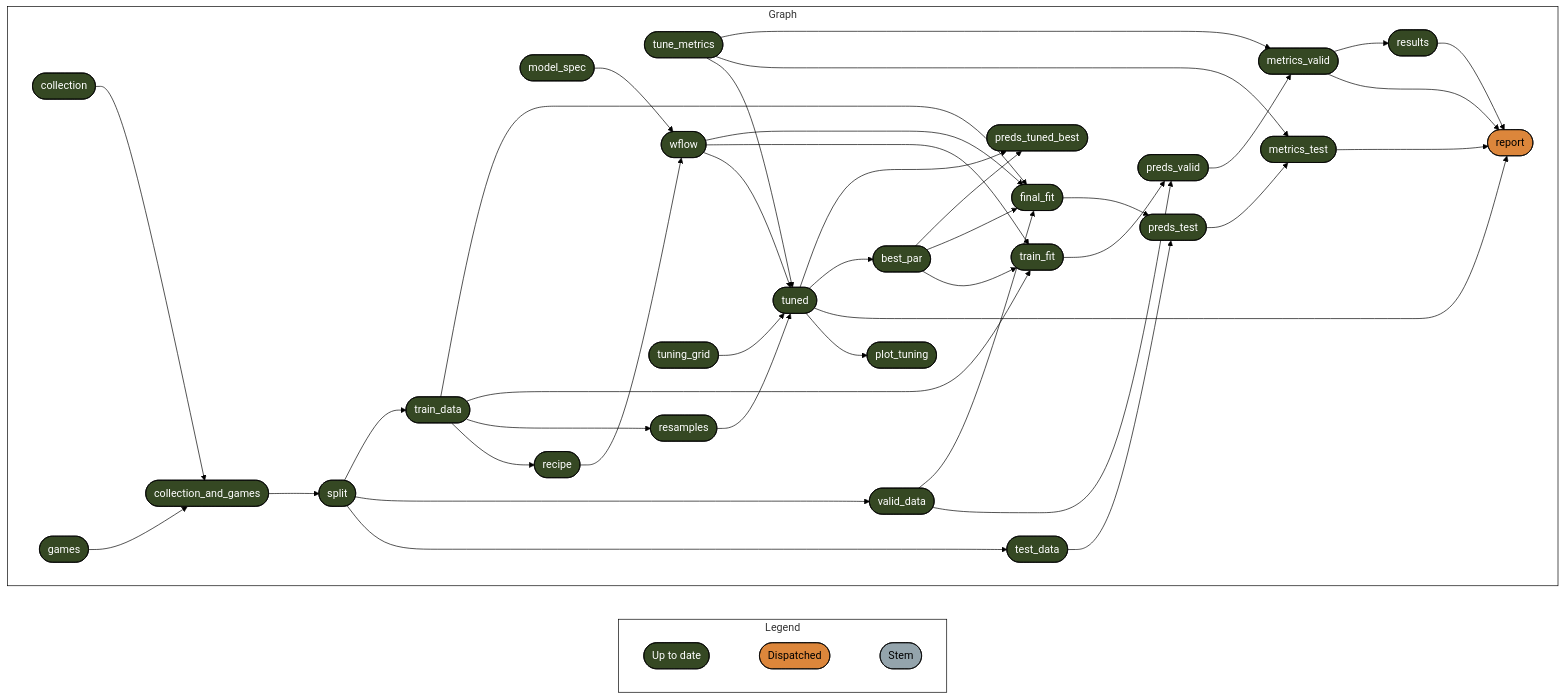
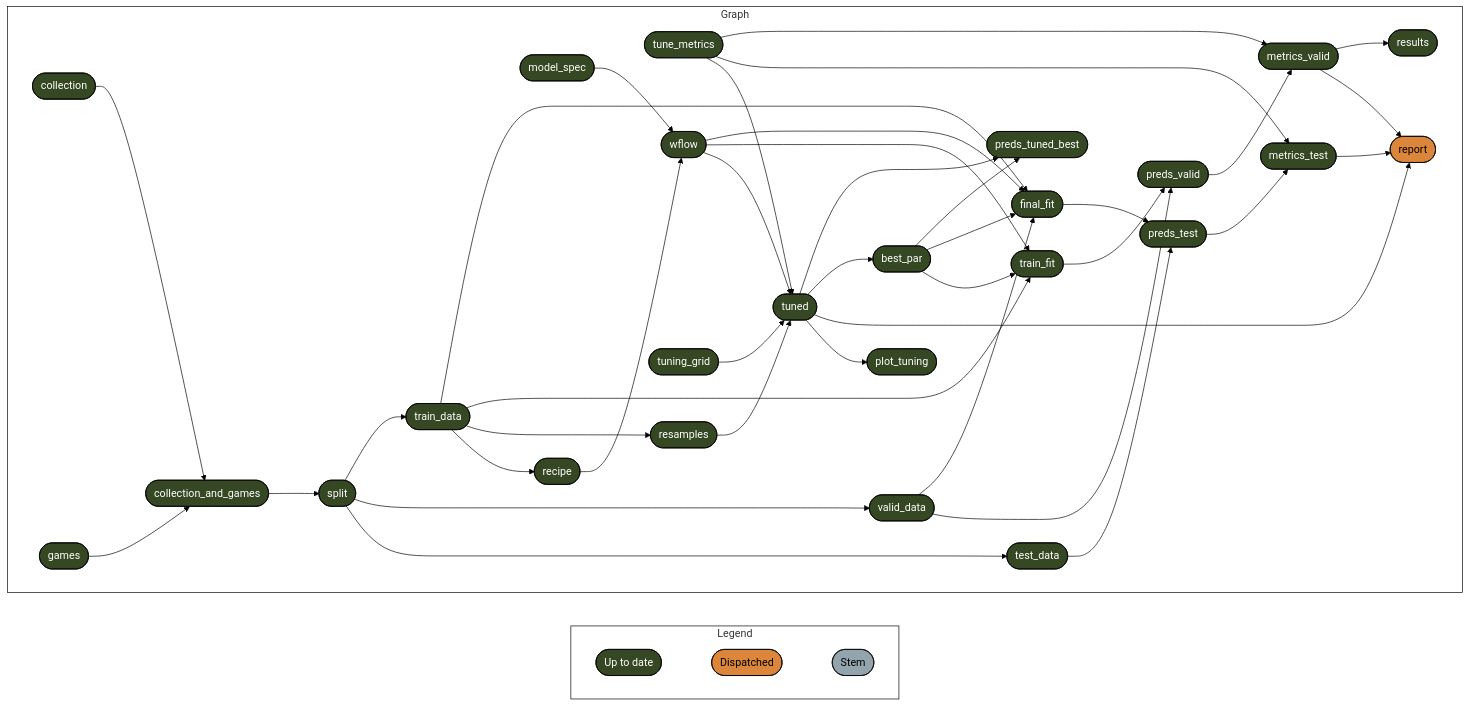
The diagram in targets-runs/report.md (phenrickson/bgg_collections), drawn with Mermaid (forest theme) before and after one commit. The commit also changed other lines of this file and 9 other files, not shown here.

````diff
--- a/targets-runs/report.md
+++ b/targets-runs/report.md
@@ -7,56 +7,55 @@
 ``` mermaid
 graph LR
   style Legend fill:#FFFFFF00,stroke:#000000;
   style Graph fill:#FFFFFF00,stroke:#000000;
   subgraph Legend
     direction LR
     xf1522833a4d242c5([""Up to date""]):::uptodate --- xb6630624a7b3aa0f([""Dispatched""]):::dispatched
     xb6630624a7b3aa0f([""Dispatched""]):::dispatched --- xd03d7c7dd2ddda2b([""Stem""]):::none
   end
   subgraph Graph
     direction LR
     x88354a4a9990c907(["collection_and_games"]):::uptodate --> xe28457b7180d9865(["split"]):::uptodate
     xe28457b7180d9865(["split"]):::uptodate --> x50558fc6e6286095(["train_data"]):::uptodate
     x6fb6138f75f217bd(["best_par"]):::uptodate --> xa43912232ee9e271(["preds_tuned_best"]):::uptodate
     x864ebfd4dc9e834b(["tuned"]):::uptodate --> xa43912232ee9e271(["preds_tuned_best"]):::uptodate
     xe83778cac602c1f4(["preds_valid"]):::uptodate --> x7523a0f48f305b50(["metrics_valid"]):::uptodate
     x5d0642e6ee71d657(["tune_metrics"]):::uptodate --> x7523a0f48f305b50(["metrics_valid"]):::uptodate
     x864ebfd4dc9e834b(["tuned"]):::uptodate --> x6fb6138f75f217bd(["best_par"]):::uptodate
     xe28457b7180d9865(["split"]):::uptodate --> xc048e79f475294dc(["valid_data"]):::uptodate
     xcd8149c2b07551bf(["collection"]):::uptodate --> x88354a4a9990c907(["collection_and_games"]):::uptodate
     x574e5c623f867900(["games"]):::uptodate --> x88354a4a9990c907(["collection_and_games"]):::uptodate
     x6fb6138f75f217bd(["best_par"]):::uptodate --> x8a7f51ea03016762(["final_fit"]):::uptodate
     x50558fc6e6286095(["train_data"]):::uptodate --> x8a7f51ea03016762(["final_fit"]):::uptodate
     xc048e79f475294dc(["valid_data"]):::uptodate --> x8a7f51ea03016762(["final_fit"]):::uptodate
     x8c0a5b3d939d47ea(["wflow"]):::uptodate --> x8a7f51ea03016762(["final_fit"]):::uptodate
     x453d7e7e0805b06d(["model_spec"]):::uptodate --> x8c0a5b3d939d47ea(["wflow"]):::uptodate
     x004377234d3bacac(["recipe"]):::uptodate --> x8c0a5b3d939d47ea(["wflow"]):::uptodate
     x6fb6138f75f217bd(["best_par"]):::uptodate --> xa0490811cd9f5ad9(["train_fit"]):::uptodate
     x50558fc6e6286095(["train_data"]):::uptodate --> xa0490811cd9f5ad9(["train_fit"]):::uptodate
     x8c0a5b3d939d47ea(["wflow"]):::uptodate --> xa0490811cd9f5ad9(["train_fit"]):::uptodate
     x7f453562c3005740(["preds_test"]):::uptodate --> xef8327747f7d2bc8(["metrics_test"]):::uptodate
     x5d0642e6ee71d657(["tune_metrics"]):::uptodate --> xef8327747f7d2bc8(["metrics_test"]):::uptodate
     x7523a0f48f305b50(["metrics_valid"]):::uptodate --> xcefe76d3b82ee85b(["results"]):::uptodate
     xe28457b7180d9865(["split"]):::uptodate --> xbb782543df7528d1(["test_data"]):::uptodate
     xef8327747f7d2bc8(["metrics_test"]):::uptodate --> xb72891f20a5b8df1(["report"]):::dispatched
     x7523a0f48f305b50(["metrics_valid"]):::uptodate --> xb72891f20a5b8df1(["report"]):::dispatched
-    xcefe76d3b82ee85b(["results"]):::uptodate --> xb72891f20a5b8df1(["report"]):::dispatched
     x864ebfd4dc9e834b(["tuned"]):::uptodate --> xb72891f20a5b8df1(["report"]):::dispatched
     x8a7f51ea03016762(["final_fit"]):::uptodate --> x7f453562c3005740(["preds_test"]):::uptodate
     xbb782543df7528d1(["test_data"]):::uptodate --> x7f453562c3005740(["preds_test"]):::uptodate
     x864ebfd4dc9e834b(["tuned"]):::uptodate --> x386eba9038421de8(["plot_tuning"]):::uptodate
     xa0490811cd9f5ad9(["train_fit"]):::uptodate --> xe83778cac602c1f4(["preds_valid"]):::uptodate
     xc048e79f475294dc(["valid_data"]):::uptodate --> xe83778cac602c1f4(["preds_valid"]):::uptodate
     x50558fc6e6286095(["train_data"]):::uptodate --> x6a38faa6025f40e0(["resamples"]):::uptodate
     x50558fc6e6286095(["train_data"]):::uptodate --> x004377234d3bacac(["recipe"]):::uptodate
     x6a38faa6025f40e0(["resamples"]):::uptodate --> x864ebfd4dc9e834b(["tuned"]):::uptodate
     x5d0642e6ee71d657(["tune_metrics"]):::uptodate --> x864ebfd4dc9e834b(["tuned"]):::uptodate
     x6337128dbe1a467a(["tuning_grid"]):::uptodate --> x864ebfd4dc9e834b(["tuned"]):::uptodate
     x8c0a5b3d939d47ea(["wflow"]):::uptodate --> x864ebfd4dc9e834b(["tuned"]):::uptodate
   end
   classDef uptodate stroke:#000000,color:#ffffff,fill:#354823;
   classDef dispatched stroke:#000000,color:#000000,fill:#DC863B;
   classDef none stroke:#000000,color:#000000,fill:#94a4ac;
   linkStyle 0 stroke-width:0px;
   linkStyle 1 stroke-width:0px;
 ```
````
